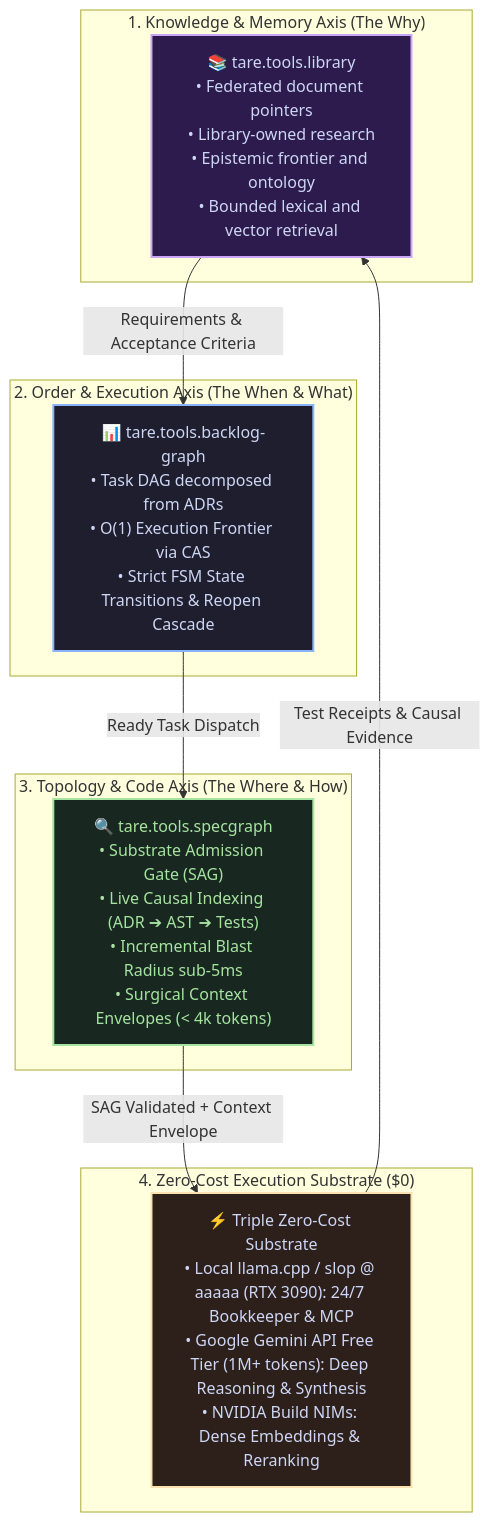
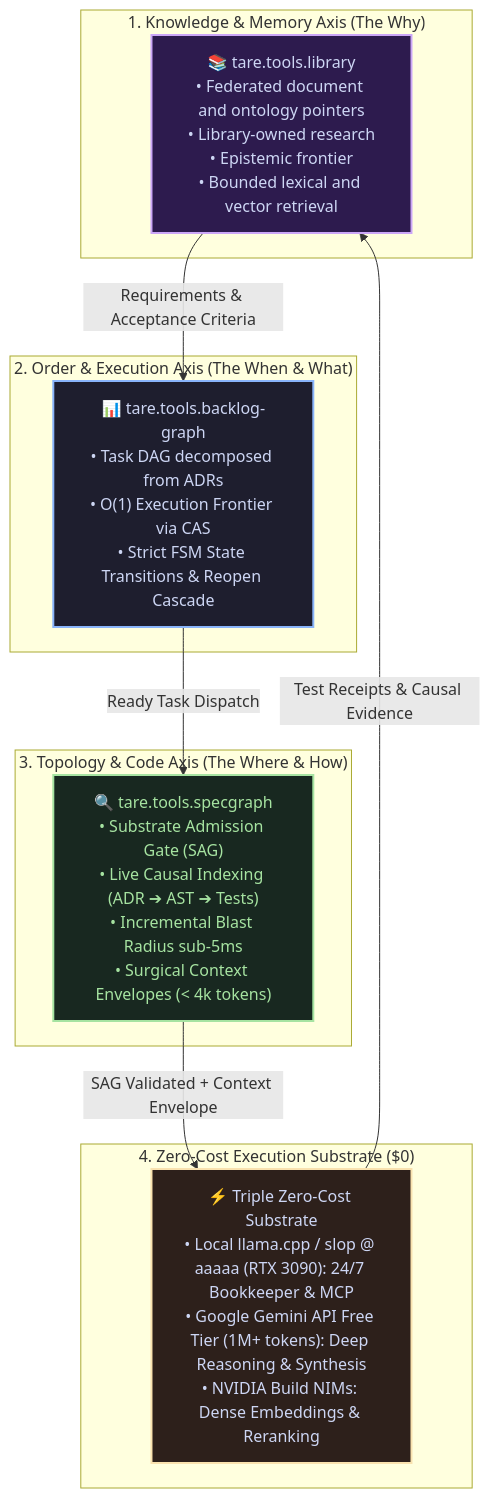
One commit to augusto-scarvalho/tare.tools.library changed the first of 2 diagrams in README.md. Above: the diagram before and after it, drawn with Mermaid. The commit also changed other lines of this file and 14 other files, not shown here.

````diff
--- a/README.md
+++ b/README.md
@@ -61,33 +61,33 @@
 ```mermaid
 flowchart TD
     subgraph Axis1 ["1. Knowledge & Memory Axis (The Why)"]
-        Library["📚 tare.tools.library<br/>• Federated document pointers<br/>• Library-owned research<br/>• Epistemic frontier and ontology<br/>• Bounded lexical and vector retrieval"]
+        Library["📚 tare.tools.library<br/>• Federated document and ontology pointers<br/>• Library-owned research<br/>• Epistemic frontier<br/>• Bounded lexical and vector retrieval"]
     end
 
     subgraph Axis2 ["2. Order & Execution Axis (The When & What)"]
         Backlog["📊 tare.tools.backlog-graph<br/>• Task DAG decomposed from ADRs<br/>• O(1) Execution Frontier via CAS<br/>• Strict FSM State Transitions & Reopen Cascade"]
     end
 
     subgraph Axis3 ["3. Topology & Code Axis (The Where & How)"]
         Spec["🔍 tare.tools.specgraph<br/>• Substrate Admission Gate (SAG)<br/>• Live Causal Indexing (ADR ➔ AST ➔ Tests)<br/>• Incremental Blast Radius sub-5ms<br/>• Surgical Context Envelopes (< 4k tokens)"]
     end
 
     subgraph Execution ["4. Zero-Cost Execution Substrate ($0)"]
         ZeroCost["⚡ Triple Zero-Cost Substrate<br/>• Local llama.cpp / slop @ aaaaa (RTX 3090): 24/7 Bookkeeper & MCP<br/>• Google Gemini API Free Tier (1M+ tokens): Deep Reasoning & Synthesis<br/>• NVIDIA Build NIMs: Dense Embeddings & Reranking"]
     end
 
     Library -->|Requirements & Acceptance Criteria| Backlog
     Backlog -->|Ready Task Dispatch| Spec
     Spec -->|SAG Validated + Context Envelope| ZeroCost
     ZeroCost -->|Test Receipts & Causal Evidence| Library
 
     classDef lStyle fill:#2d1b4e,stroke:#cba6f7,stroke-width:2px,color:#cdd6f4;
     classDef bStyle fill:#1e1e2e,stroke:#89b4fa,stroke-width:2px,color:#cdd6f4;
     classDef sStyle fill:#182820,stroke:#a6e3a1,stroke-width:2px,color:#a6e3a1;
     classDef zStyle fill:#2d201b,stroke:#f9e2af,stroke-width:2px,color:#cdd6f4;
 
     class Library lStyle;
     class Backlog bStyle;
     class Spec sStyle;
     class ZeroCost zStyle;
 ```
````
